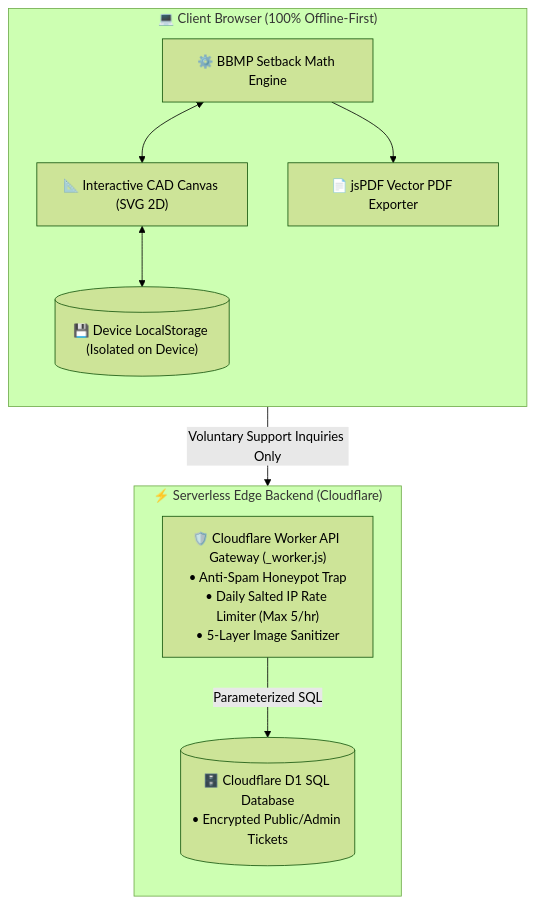
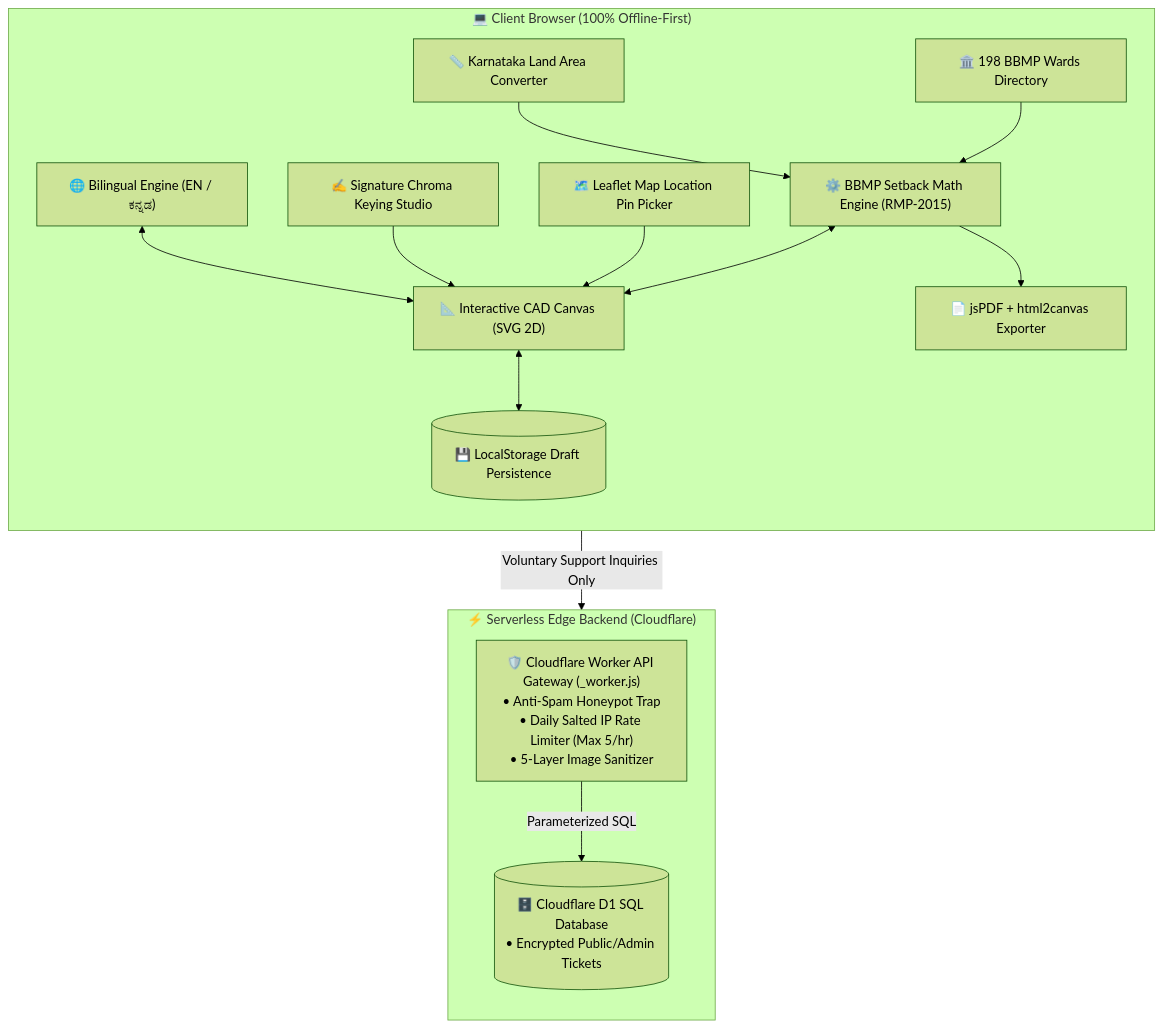
The diagram in README.md (manswis/single-site-plan-web), drawn with Mermaid (forest theme) before and after one commit. The commit also changed other lines of this file, not shown here.

Commit message:
docs: expand README with bilingual localization, 31 test suites, and feature architecture

````diff
--- a/README.md
+++ b/README.md
@@ -69,24 +114,34 @@
 ```mermaid
 flowchart TD
     subgraph Client ["💻 Client Browser (100% Offline-First)"]
         direction TB
         CAD["📐 Interactive CAD Canvas (SVG 2D)"]
-        Math["⚙️ BBMP Setback Math Engine"]
-        PDF["📄 jsPDF Vector PDF Exporter"]
-        Storage[("💾 Device LocalStorage (Isolated on Device)")]
+        Math["⚙️ BBMP Setback Math Engine (RMP-2015)"]
+        Map["🗺️ Leaflet Map Location Pin Picker"]
+        Ward["🏛️ 198 BBMP Wards Directory"]
+        Conv["📏 Karnataka Land Area Converter"]
+        Sig["✍️ Signature Chroma Keying Studio"]
+        i18n["🌐 Bilingual Engine (EN / ಕನ್ನಡ)"]
+        PDF["📄 jsPDF + html2canvas Exporter"]
+        Storage[("💾 LocalStorage Draft Persistence")]
 
         Math <--> CAD
         Math --> PDF
+        Map --> CAD
+        Ward --> Math
+        Conv --> Math
+        Sig --> CAD
+        i18n <--> CAD
         CAD <--> Storage
     end
 
     subgraph Edge ["⚡ Serverless Edge Backend (Cloudflare)"]
         direction TB
         API["🛡️ Cloudflare Worker API Gateway (_worker.js)\n• Anti-Spam Honeypot Trap\n• Daily Salted IP Rate Limiter (Max 5/hr)\n• 5-Layer Image Sanitizer"]
         D1[("🗄️ Cloudflare D1 SQL Database\n• Encrypted Public/Admin Tickets")]
 
         API -->|"Parameterized SQL"| D1
     end
 
     Client -->|"Voluntary Support Inquiries Only"| API
 ```
````
